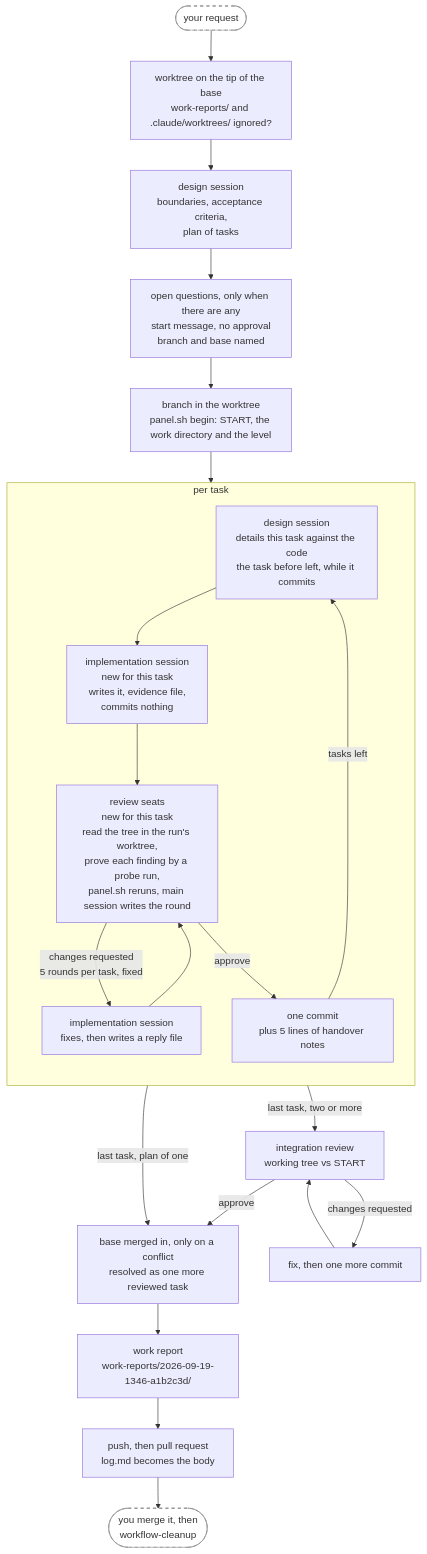
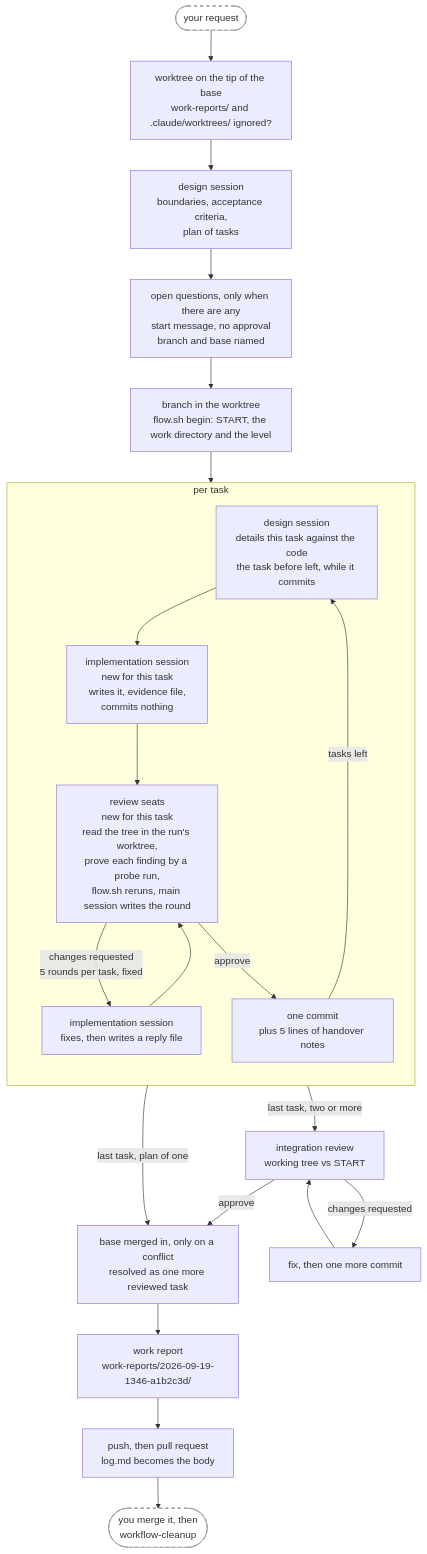
The second of 4 diagrams in plugins/annetaan/README.md (annetaan/claude-plugins), drawn with Mermaid before and after one commit. The commit also changed other lines of this file and 30 other files, not shown here.

First line of the commit message:
Rename panel.sh to flow.sh

````diff
--- a/plugins/annetaan/README.md
+++ b/plugins/annetaan/README.md
@@ -168,33 +168,33 @@
 ```mermaid
 flowchart TD
     req(["your request"]) --> wt["worktree on the tip of the base<br/>work-reports/ and .claude/worktrees/ ignored?"] --> design["design session<br/>boundaries, acceptance criteria,<br/>plan of tasks"]
     design --> ask["open questions, only when there are any<br/>start message, no approval<br/>branch and base named"]
-    ask --> setup["branch in the worktree<br/>panel.sh begin: START, the work directory and the level"]
+    ask --> setup["branch in the worktree<br/>flow.sh begin: START, the work directory and the level"]
     setup --> detail
 
     subgraph task["per task"]
         direction TB
         detail["design session<br/>details this task against the code<br/>the task before left, while it commits"]
         impl["implementation session<br/>new for this task<br/>writes it, evidence file,<br/>commits nothing"]
-        review["review seats<br/>new for this task<br/>read the tree in the run's worktree,<br/>prove each finding by a probe run,<br/>panel.sh reruns, main session writes the round"]
+        review["review seats<br/>new for this task<br/>read the tree in the run's worktree,<br/>prove each finding by a probe run,<br/>flow.sh reruns, main session writes the round"]
         respond["implementation session<br/>fixes, then writes a reply file"]
         commit["one commit<br/>plus 5 lines of handover notes"]
         detail --> impl --> review
         review -->|"changes requested<br/>5 rounds per task, fixed"| respond
         respond --> review
         review -->|approve| commit
         commit -->|tasks left| detail
     end
 
     commit -->|"last task, two or more"| integ["integration review<br/>working tree vs START"]
     commit -->|"last task, plan of one"| sync
     integ -->|changes requested| integfix["fix, then one more commit"]
     integfix --> integ
     integ -->|approve| sync["base merged in, only on a conflict<br/>resolved as one more reviewed task"]
     sync --> report["work report<br/>work-reports/2026-09-19-1346-a1b2c3d/"]
     report --> pr["push, then pull request<br/>log.md becomes the body"]
     pr --> clean(["you merge it, then<br/>workflow-cleanup"])
 
     classDef human fill:#fff,stroke:#888,stroke-dasharray: 5 5
     class req,clean human
 ```
````
